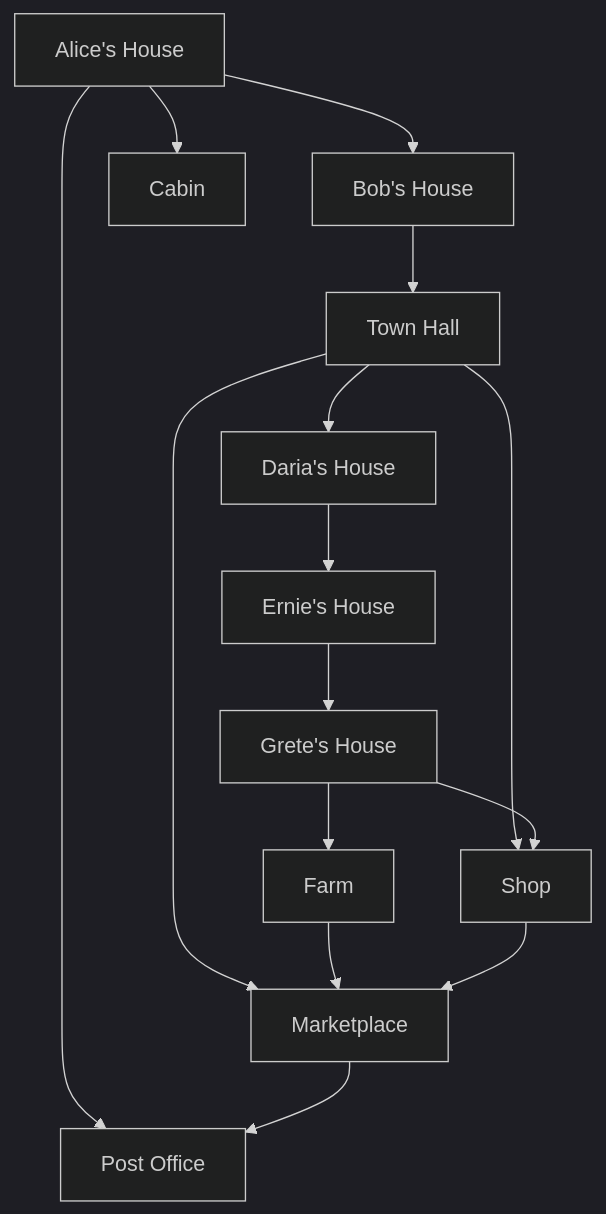
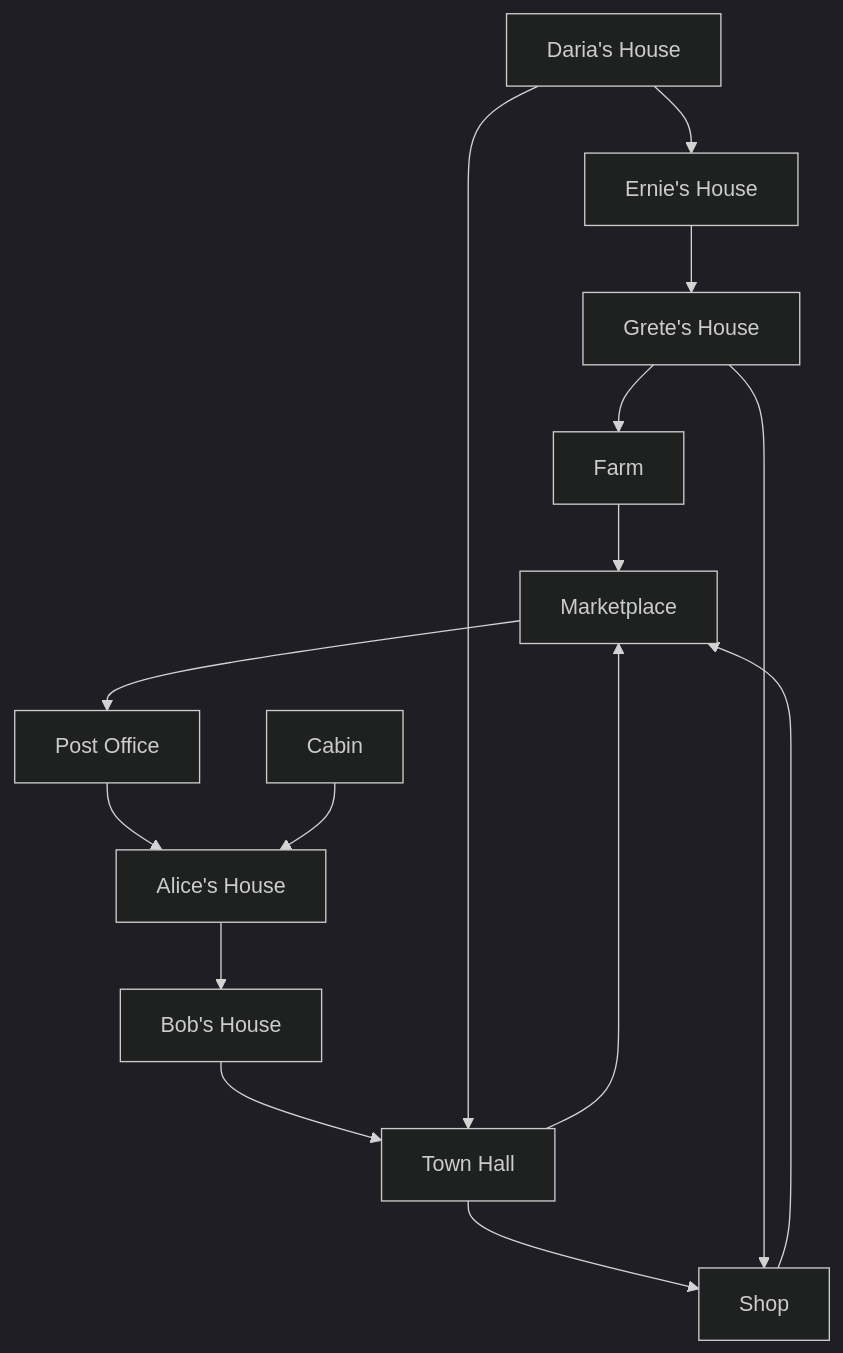
One commit to EmmanuelOkorieC/amazon-clone-using-react changed the diagram in README.md. Above: the diagram before and after it, drawn with Mermaid (dark theme).

````diff
--- a/README.md
+++ b/README.md
@@ -10,17 +10,17 @@
 ```mermaid
 graph TD;
-   A[Alice's House]-->B[Bob's House];
-   A-->C[Cabin];
-   A-->P[Post Office];
-   B-->T[Town Hall];
-   T-->D[Daria's House];
-   T-->M[Marketplace];
-   T-->S[Shop];
-   D-->E[Ernie's House];
-   E-->G[Grete's House];
-   G-->F[Farm];
-   G-->S;
-   F-->M;
-   S-->M;
-   M-->P;
+   F[Farm]-->M[Marketplace];
+   M-->P[Post Office];
+   P-->A[Alice's House];
+   C[Cabin]-->A
+   A-->B[Bob's House]
+   B-->T[Town Hall]
+   D[Daria's House]-->T
+   T-->S[Shop]
+   T-->M
+   S-->M
+   D-->E[Ernie's House]
+   E-->G[Grete's House]
+   G-->S
+   G-->F
 ```
````
